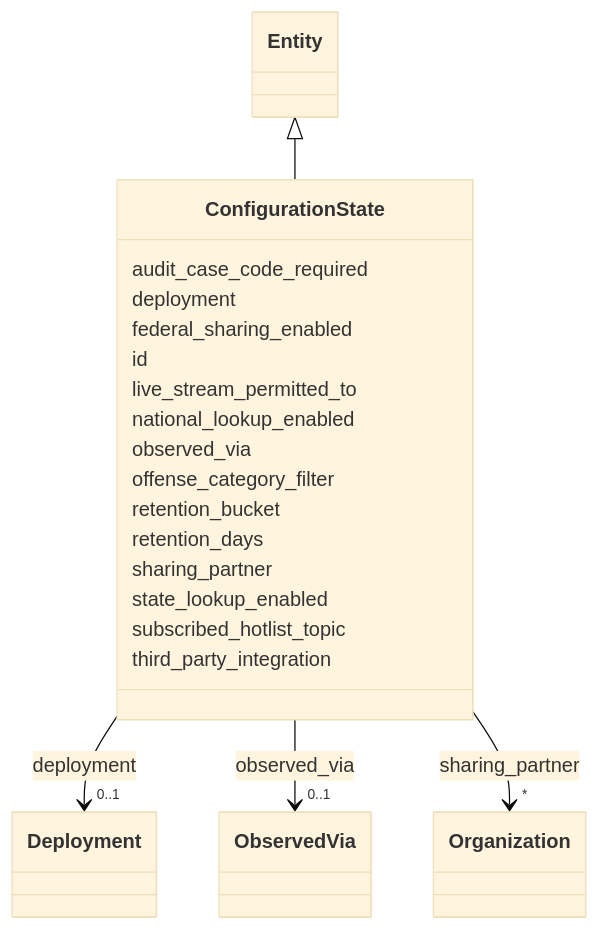
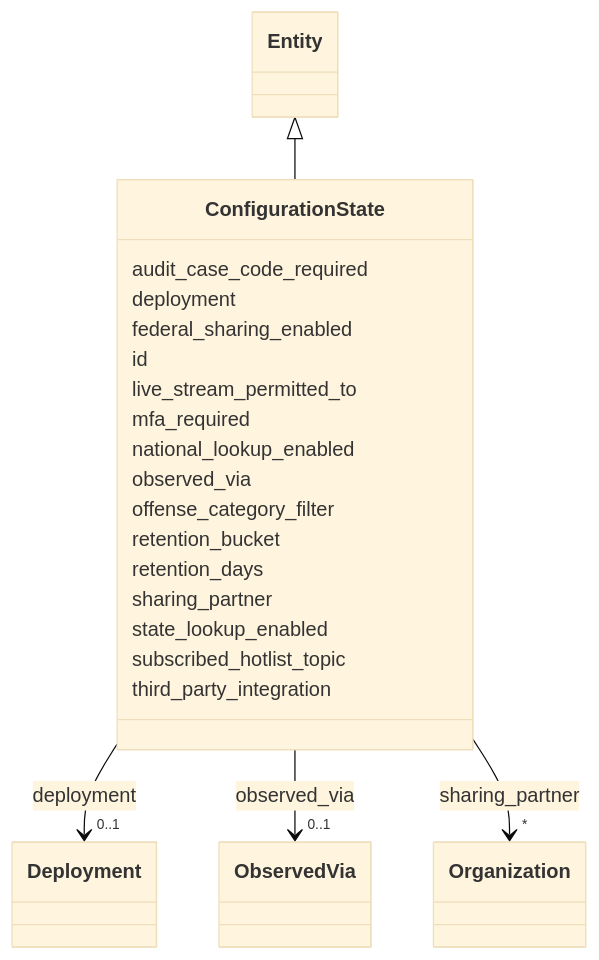
One commit to SteveVitali/Eleutheria changed the diagram in ontology/generated/docs/classes/ConfigurationState.md. Above: the diagram before and after it, drawn with Mermaid (base theme). The commit also changed other lines of this file and 58 other files, not shown here.

````diff
--- a/ontology/generated/docs/classes/ConfigurationState.md
+++ b/ontology/generated/docs/classes/ConfigurationState.md
@@ -23,64 +23,66 @@
 ```mermaid
  classDiagram
     class ConfigurationState
     click ConfigurationState href "../../classes/ConfigurationState/"
       Entity <|-- ConfigurationState
         click Entity href "../../classes/Entity/"
       
       ConfigurationState : audit_case_code_required
         
       ConfigurationState : deployment
         
           
     
         
         
         ConfigurationState --> "0..1" Deployment : deployment
         click Deployment href "../../classes/Deployment/"
     
 
         
       ConfigurationState : federal_sharing_enabled
         
       ConfigurationState : id
         
       ConfigurationState : live_stream_permitted_to
+        
+      ConfigurationState : mfa_required
         
       ConfigurationState : national_lookup_enabled
         
       ConfigurationState : observed_via
         
           
     
         
         
         ConfigurationState --> "0..1" ObservedVia : observed_via
         click ObservedVia href "../../enums/ObservedVia/"
     
 
         
       ConfigurationState : offense_category_filter
         
       ConfigurationState : retention_bucket
         
       ConfigurationState : retention_days
         
       ConfigurationState : sharing_partner
         
           
     
         
         
         ConfigurationState --> "*" Organization : sharing_partner
         click Organization href "../../classes/Organization/"
     
 
         
       ConfigurationState : state_lookup_enabled
         
       ConfigurationState : subscribed_hotlist_topic
         
       ConfigurationState : third_party_integration
         
       
 ```
````
